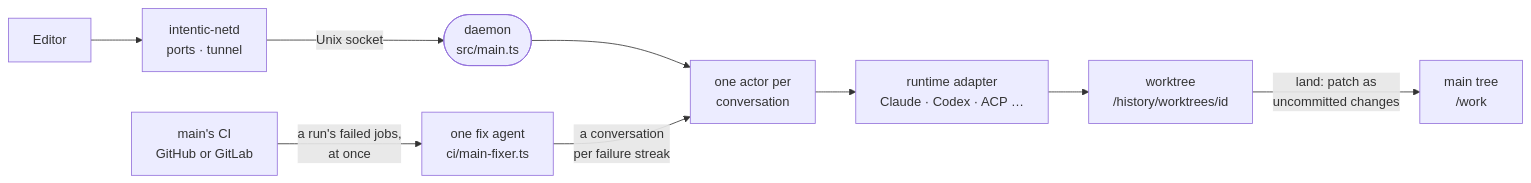
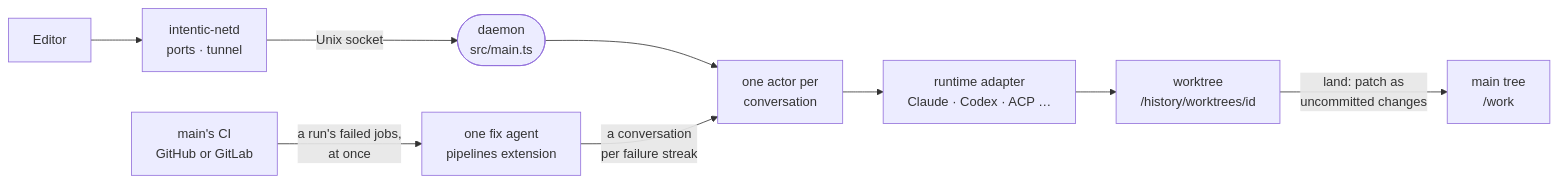
Before and after one commit to intentic/intentic: the diagram in docs/architecture/sandbox.md, drawn with Mermaid. The commit also changed other lines of this file and 174 other files, not shown here.

First line of the commit message:
refactor(extensions): move CI fixer from sandbox to pipelines extension

````diff
--- a/docs/architecture/sandbox.md
+++ b/docs/architecture/sandbox.md
@@ -5,11 +5,11 @@
 ```mermaid
 flowchart LR
     editor["Editor"] --> netd["intentic-netd<br/>ports · tunnel"]
     netd -->|"Unix socket"| daemon(["daemon<br/>src/main.ts"])
     daemon --> actor["one actor per<br/>conversation"]
     actor --> runtime["runtime adapter<br/>Claude · Codex · ACP …"]
     runtime --> wt["worktree<br/>/history/worktrees/id"]
     wt -->|"land: patch as<br/>uncommitted changes"| main["main tree<br/>/work"]
-    ci["main's CI<br/>GitHub or GitLab"] -->|"a run's failed jobs,<br/>at once"| fixer["one fix agent<br/>ci/main-fixer.ts"]
+    ci["main's CI<br/>GitHub or GitLab"] -->|"a run's failed jobs,<br/>at once"| fixer["one fix agent<br/>pipelines extension"]
     fixer -->|"a conversation<br/>per failure streak"| actor
 ```
````
